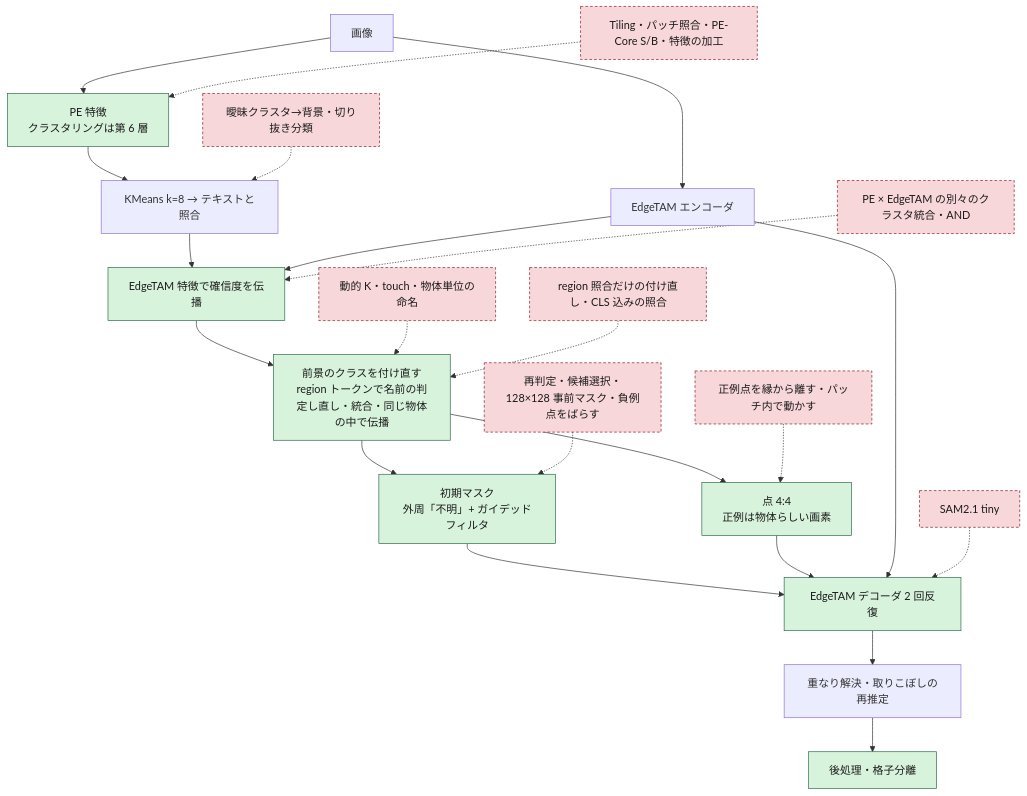
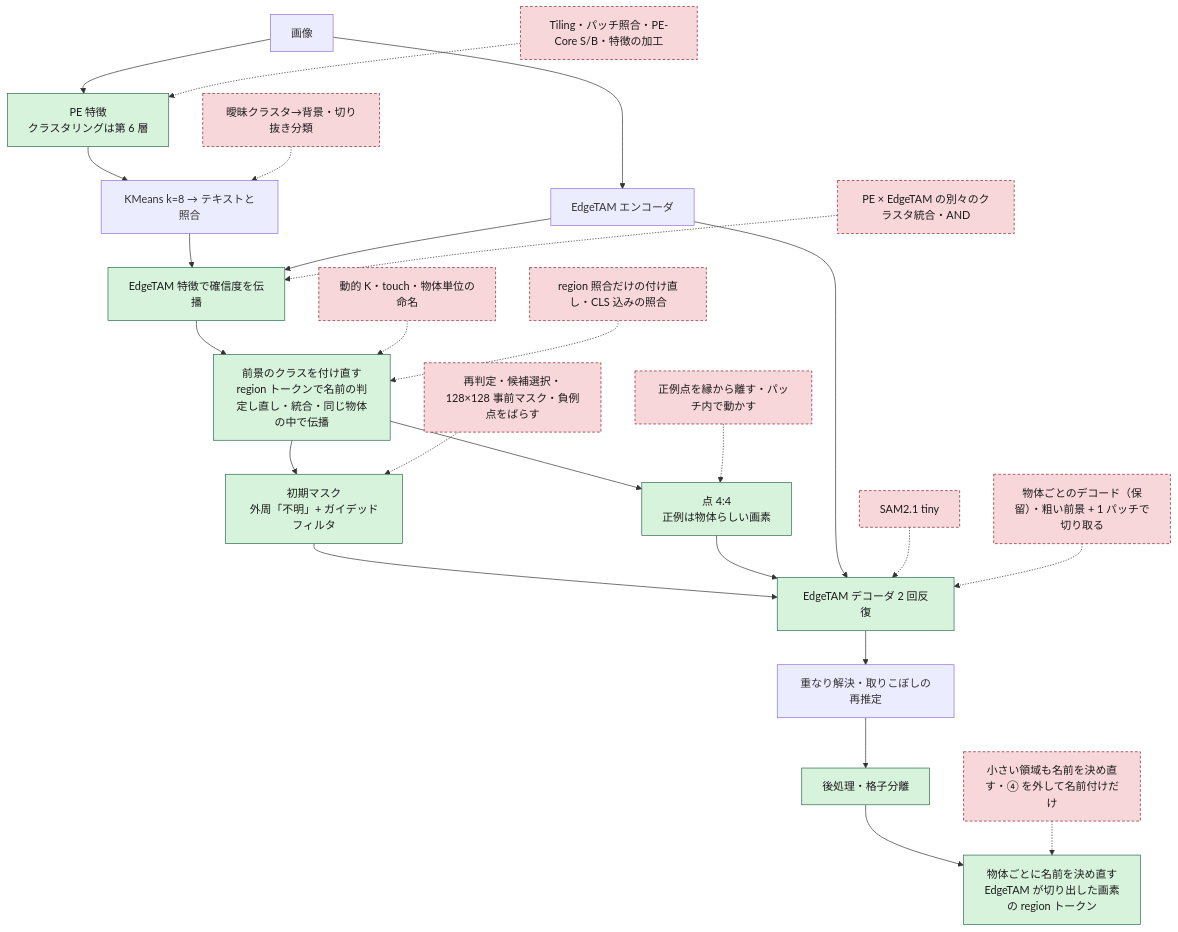
Before and after one commit to fklg-64/pe_anything_detect: the diagram in docs/method_history.md, drawn with Mermaid. The commit also changed other lines of this file and 18 other files, not shown here.

````diff
--- a/docs/method_history.md
+++ b/docs/method_history.md
@@ -14,30 +14,33 @@
 ```mermaid
 flowchart TD
     IMG["画像"] --> PE["PE 特徴<br/>クラスタリングは第 6 層"]
     IMG --> ET["EdgeTAM エンコーダ"]
     PE --> KM["KMeans k=8 → テキストと照合"]
     KM --> PROP["EdgeTAM 特徴で確信度を伝播"]
     ET --> PROP
     PROP --> RLB["前景のクラスを付け直す<br/>region トークンで名前の判定し直し・統合・同じ物体の中で伝播"]
     RLB --> PRIOR["初期マスク<br/>外周「不明」+ ガイデッドフィルタ"]
     RLB --> PTS["点 4:4<br/>正例は物体らしい画素"]
     PRIOR --> DEC["EdgeTAM デコーダ 2 回反復"]
     PTS --> DEC
     ET --> DEC
     DEC --> RES["重なり解決・取りこぼしの再推定"]
     RES --> POST["後処理・格子分離"]
+    POST --> NAME["物体ごとに名前を決め直す<br/>EdgeTAM が切り出した画素の region トークン"]
 
     X1["Tiling・パッチ照合・PE-Core S/B・特徴の加工"] -.-> PE
     X2["曖昧クラスタ→背景・切り抜き分類"] -.-> KM
     X3["PE × EdgeTAM の別々のクラスタ統合・AND"] -.-> PROP
     X4["動的 K・touch・物体単位の命名"] -.-> RLB
     X8["region 照合だけの付け直し・CLS 込みの照合"] -.-> RLB
     X5["再判定・候補選択・128×128 事前マスク・負例点をばらす"] -.-> PRIOR
     X6["正例点を縁から離す・パッチ内で動かす"] -.-> PTS
     X7["SAM2.1 tiny"] -.-> DEC
+    X9["物体ごとのデコード（保留）・粗い前景 + 1 パッチで切り取る"] -.-> DEC
+    X10["小さい領域も名前を決め直す・④ を外して名前付けだけ"] -.-> NAME
 
     classDef adopted fill:#d8f3dc,stroke:#2d6a4f,color:#1b1b1b;
     classDef rejected fill:#f8d7da,stroke:#842029,stroke-dasharray:4 3,color:#1b1b1b;
-    class PE,PROP,RLB,PRIOR,PTS,DEC,POST adopted;
-    class X1,X2,X3,X4,X5,X6,X7,X8 rejected;
+    class PE,PROP,RLB,PRIOR,PTS,DEC,POST,NAME adopted;
+    class X1,X2,X3,X4,X5,X6,X7,X8,X9,X10 rejected;
 ```
````
